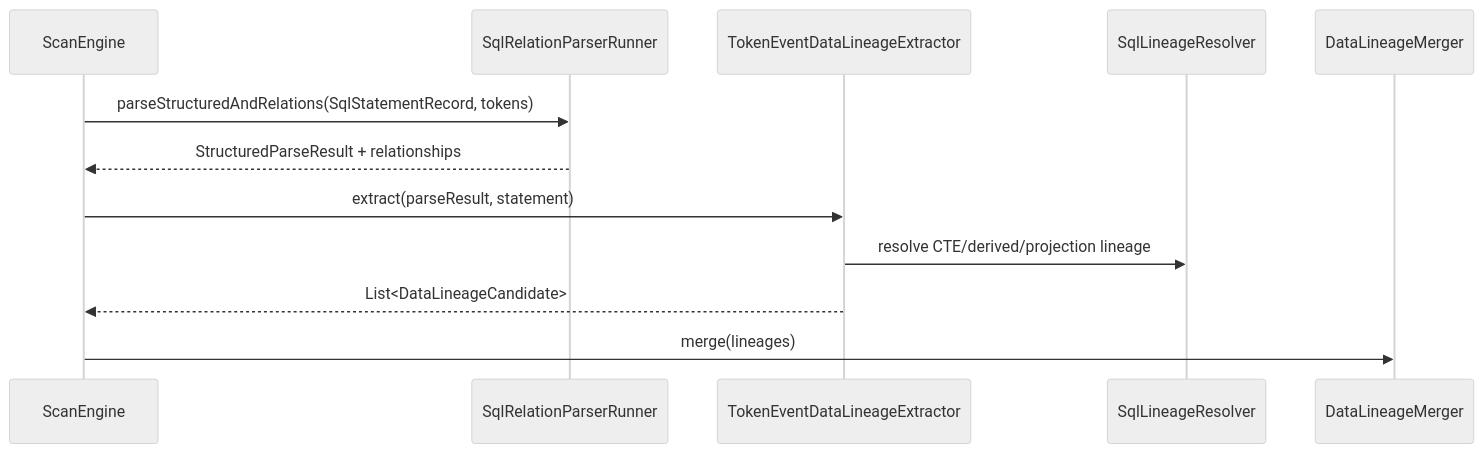
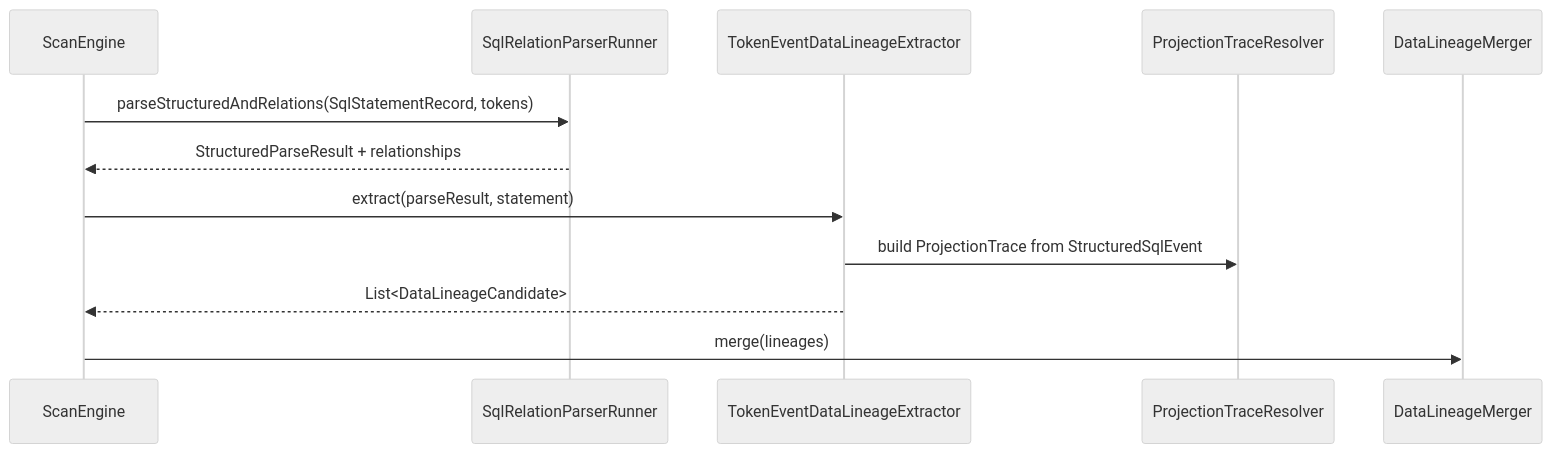
One commit to xiaoguang/relation-detector changed the fourth of 7 diagrams in docs/design/relation-detector/phase-06-parser-enhancement.md. Above: the diagram before and after it, drawn with Mermaid (neutral theme). The commit also changed other lines of this file and 263 other files, not shown here.

````diff
--- a/docs/design/relation-detector/phase-06-parser-enhancement.md
+++ b/docs/design/relation-detector/phase-06-parser-enhancement.md
@@ -320,15 +368,15 @@
 ```mermaid
 sequenceDiagram
   participant SE as ScanEngine
   participant SR as SqlRelationParserRunner
   participant LE as TokenEventDataLineageExtractor
-  participant LR as SqlLineageResolver
+  participant PTR as ProjectionTraceResolver
   participant LM as DataLineageMerger
 
   SE->>SR: parseStructuredAndRelations(SqlStatementRecord, tokens)
   SR-->>SE: StructuredParseResult + relationships
   SE->>LE: extract(parseResult, statement)
-  LE->>LR: resolve CTE/derived/projection lineage
+  LE->>PTR: build ProjectionTrace from StructuredSqlEvent
   LE-->>SE: List<DataLineageCandidate>
   SE->>LM: merge(lineages)
 ```
````
